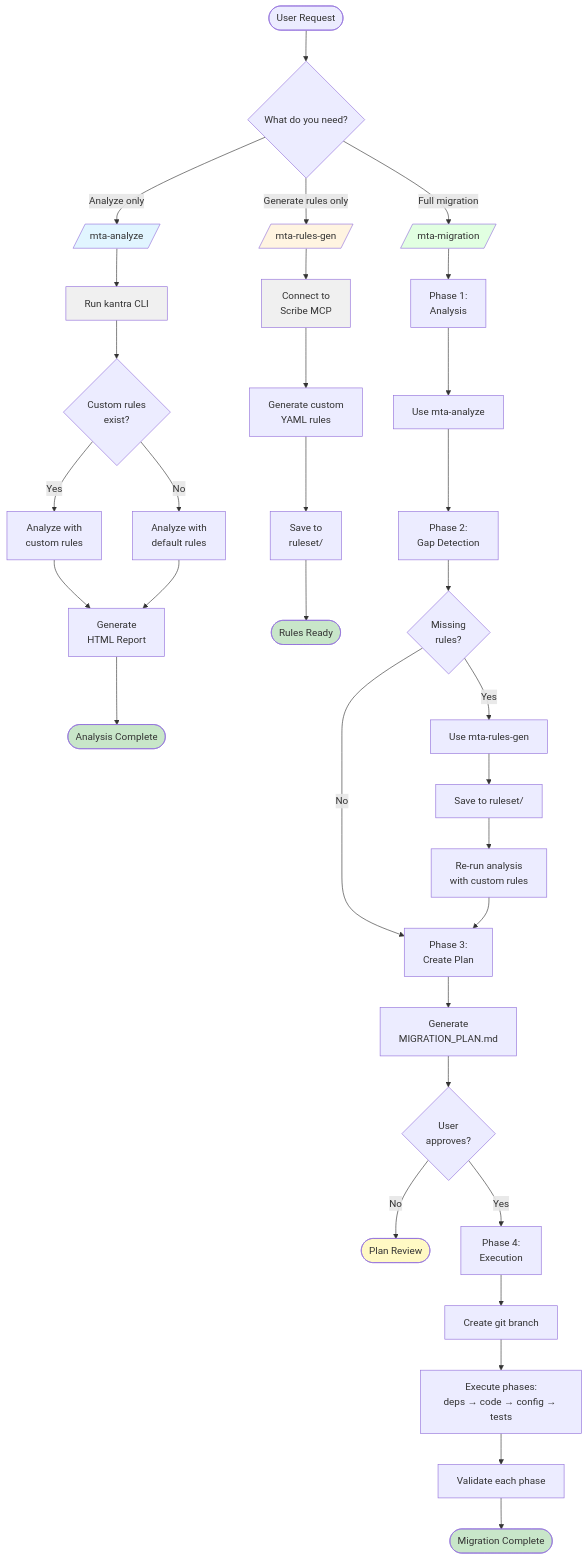
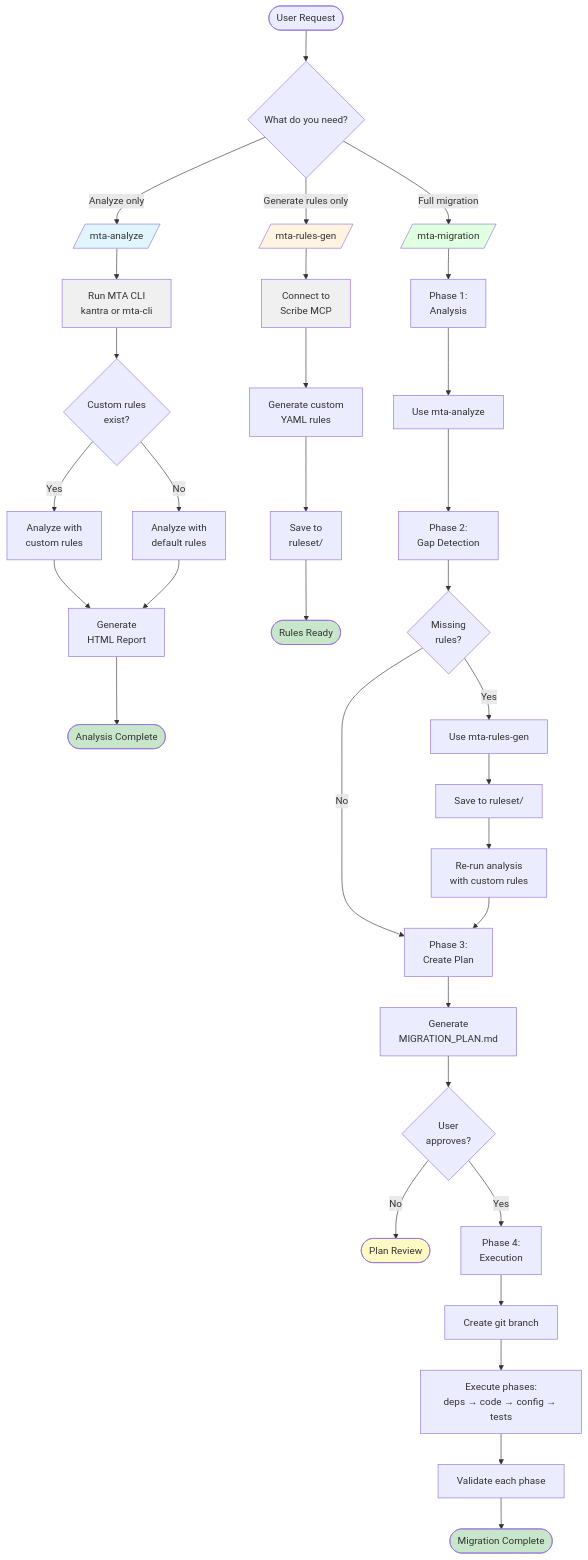
One commit to sshaaf/mta-skill changed the diagram in README.md. Above: the diagram before and after it, drawn with Mermaid. The commit also changed other lines of this file and 2 other files, not shown here.

Commit message:
update the cli bits

````diff
--- a/README.md
+++ b/README.md
@@ -11,49 +11,49 @@
 ```mermaid
 graph TB
     Start([User Request]) --> Decision{What do you need?}
     
     Decision -->|Analyze only| Analyze[/mta-analyze/]
     Decision -->|Generate rules only| RulesGen[/mta-rules-gen/]
     Decision -->|Full migration| Migration[/mta-migration/]
     
-    Analyze --> Kantra[Run kantra CLI]
+    Analyze --> Kantra[Run MTA CLI<br/>kantra or mta-cli]
     Kantra --> CustomRules{Custom rules<br/>exist?}
     CustomRules -->|Yes| AnalyzeWithRules[Analyze with<br/>custom rules]
     CustomRules -->|No| AnalyzeDefault[Analyze with<br/>default rules]
     AnalyzeWithRules --> Report1[Generate<br/>HTML Report]
     AnalyzeDefault --> Report1
     Report1 --> End1([Analysis Complete])
     
     RulesGen --> Scribe[Connect to<br/>Scribe MCP]
     Scribe --> GenerateRules[Generate custom<br/>YAML rules]
     GenerateRules --> SaveRules[Save to<br/>ruleset/]
     SaveRules --> End2([Rules Ready])
     
     Migration --> Phase1[Phase 1:<br/>Analysis]
     Phase1 --> RunAnalyze[Use mta-analyze]
     RunAnalyze --> Phase2[Phase 2:<br/>Gap Detection]
     Phase2 --> Gaps{Missing<br/>rules?}
     Gaps -->|Yes| UseRulesGen[Use mta-rules-gen]
     Gaps -->|No| Phase3[Phase 3:<br/>Create Plan]
     UseRulesGen --> SaveToRuleset[Save to ruleset/]
     SaveToRuleset --> ReAnalyze[Re-run analysis<br/>with custom rules]
     ReAnalyze --> Phase3
     Phase3 --> CreatePlan[Generate<br/>MIGRATION_PLAN.md]
     CreatePlan --> UserApproval{User<br/>approves?}
     UserApproval -->|No| End3([Plan Review])
     UserApproval -->|Yes| Phase4[Phase 4:<br/>Execution]
     Phase4 --> GitBranch[Create git branch]
     GitBranch --> Execute[Execute phases:<br/>deps → code → config → tests]
     Execute --> Validate[Validate each phase]
     Validate --> End4([Migration Complete])
     
     style Analyze fill:#e1f5ff
     style RulesGen fill:#fff4e1
     style Migration fill:#e1ffe1
     style Kantra fill:#f0f0f0
     style Scribe fill:#f0f0f0
     style End1 fill:#c8e6c9
     style End2 fill:#c8e6c9
     style End3 fill:#fff9c4
     style End4 fill:#c8e6c9
 ```
````
